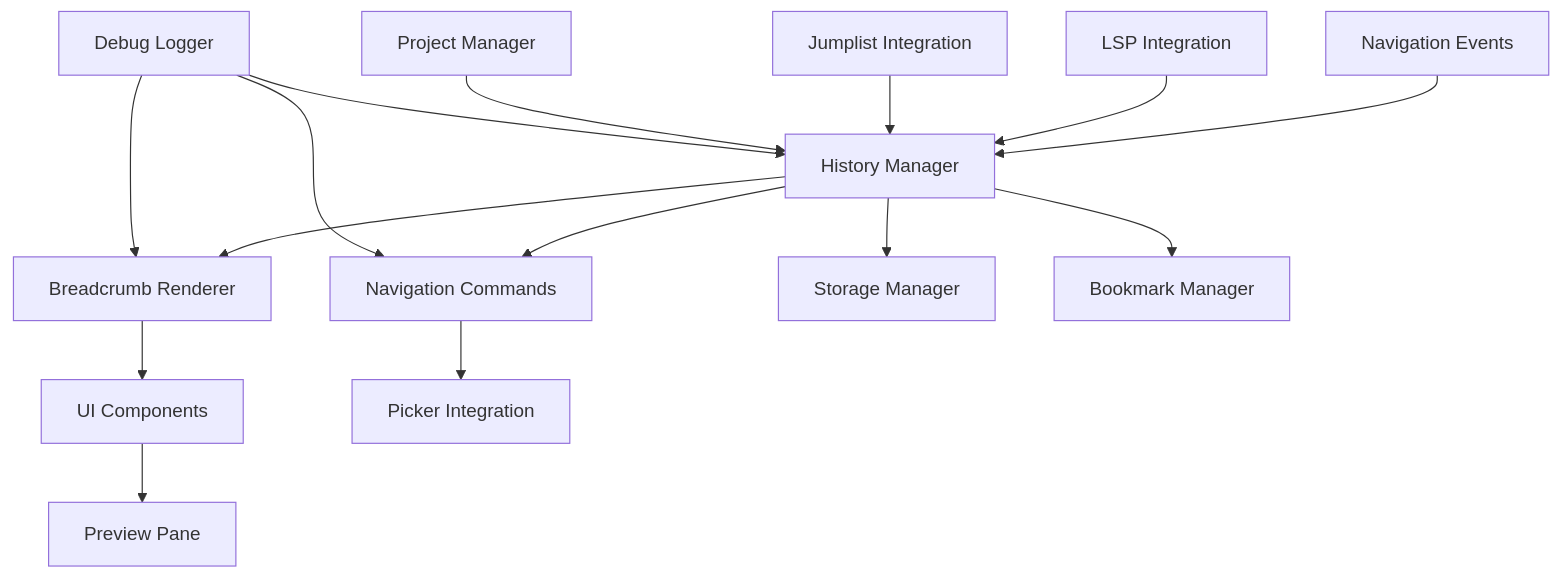
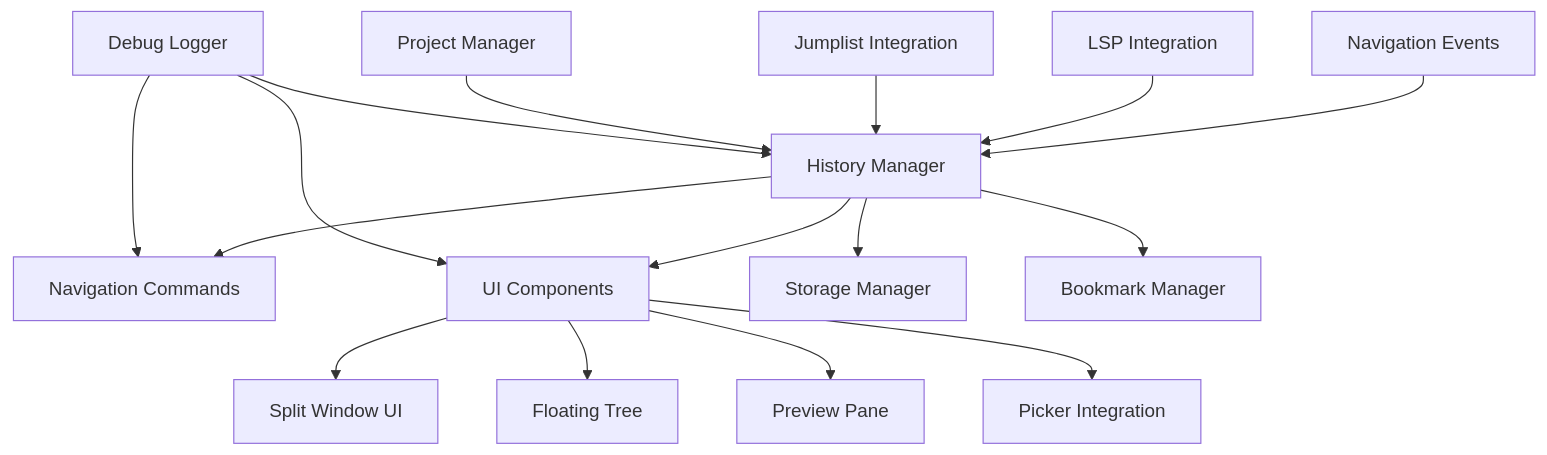
The diagram in .kiro/specs/nvim-navigation-breadcrumbs/design.md (KyleKing/spaghetti-comb.nvim), drawn with Mermaid before and after one commit. The commit also changed other lines of this file and 2 other files, not shown here.

````diff
--- a/.kiro/specs/nvim-navigation-breadcrumbs/design.md
+++ b/.kiro/specs/nvim-navigation-breadcrumbs/design.md
@@ -13,17 +15,18 @@
 ```mermaid
 graph TB
-    A[Navigation Events] --> B[History Manager]
-    B --> C[Breadcrumb Renderer]
-    B --> D[Navigation Commands]
-    E[LSP Integration] --> B
-    F[Jumplist Integration] --> B
-    G[Project Manager] --> B
-    B --> H[Storage Manager]
-    B --> K[Bookmark Manager]
-    C --> I[UI Components]
-    D --> J[Picker Integration]
-    I --> L[Preview Pane]
-    M[Debug Logger] --> B
-    M --> C
-    M --> D
+     A[Navigation Events] --> B[History Manager]
+     B --> C[Navigation Commands]
+     B --> D[UI Components]
+     E[LSP Integration] --> B
+     F[Jumplist Integration] --> B
+     G[Project Manager] --> B
+     B --> H[Storage Manager]
+     B --> I[Bookmark Manager]
+     D --> J[Split Window UI]
+     D --> K[Floating Tree]
+     D --> L[Preview Pane]
+     D --> M[Picker Integration]
+     N[Debug Logger] --> B
+     N --> C
+     N --> D
 ```
````
